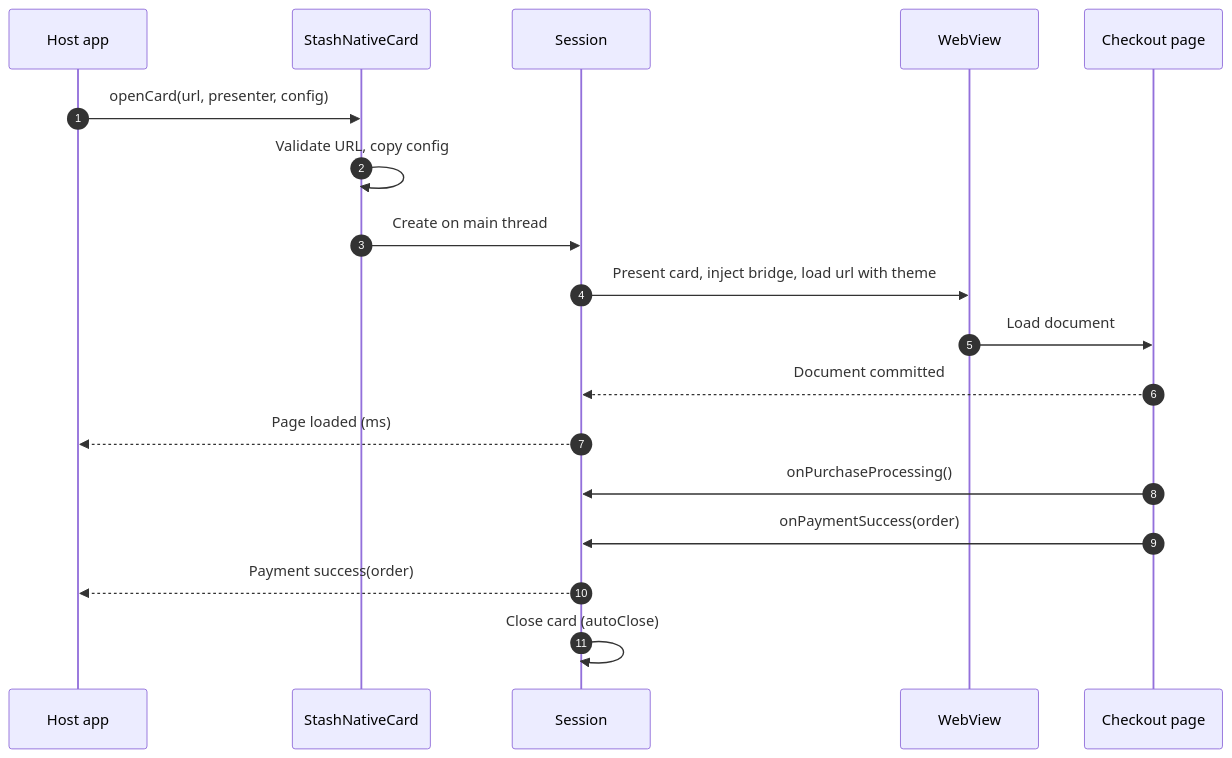
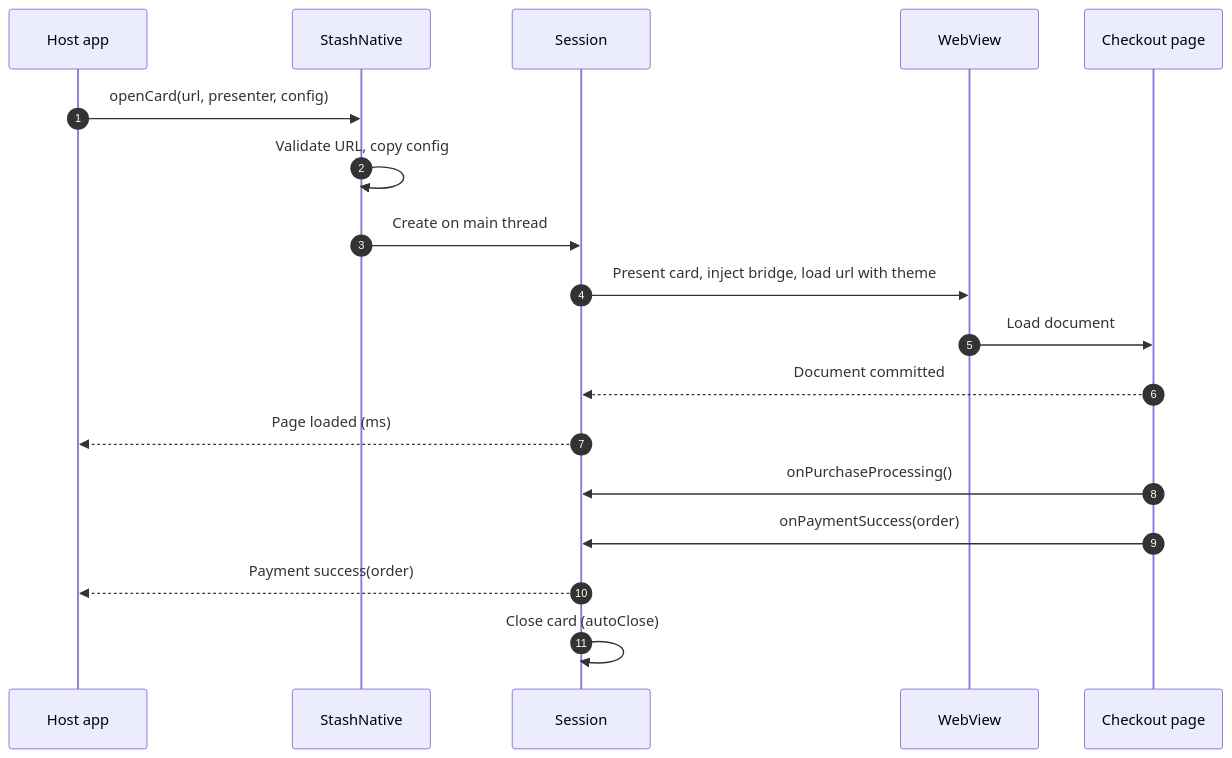
Before and after one commit to stashgg/stash-native: the third of 4 diagrams in docs/architecture/index.md, drawn with Mermaid. The commit also changed other lines of this file and 92 other files, not shown here.

````diff
--- a/docs/architecture/index.md
+++ b/docs/architecture/index.md
@@ -69,21 +69,21 @@
 ```mermaid
 sequenceDiagram
     autonumber
     participant App as Host app
-    participant Facade as StashNativeCard
+    participant Facade as StashNative
     participant Session
     participant Web as WebView
     participant Page as Checkout page
 
     App->>Facade: openCard(url, presenter, config)
     Facade->>Facade: Validate URL, copy config
     Facade->>Session: Create on main thread
     Session->>Web: Present card, inject bridge, load url with theme
     Web->>Page: Load document
     Page-->>Session: Document committed
     Session-->>App: Page loaded (ms)
     Page->>Session: onPurchaseProcessing()
     Page->>Session: onPaymentSuccess(order)
     Session-->>App: Payment success(order)
     Session->>Session: Close card (autoClose)
 ```
````
